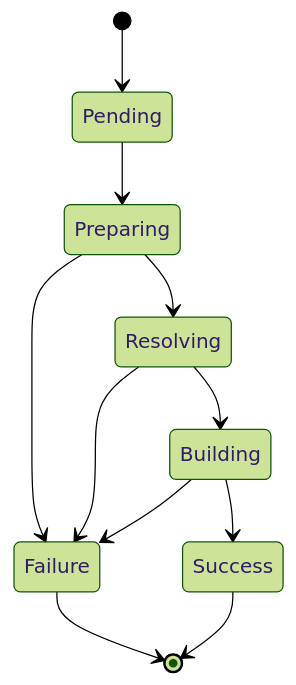
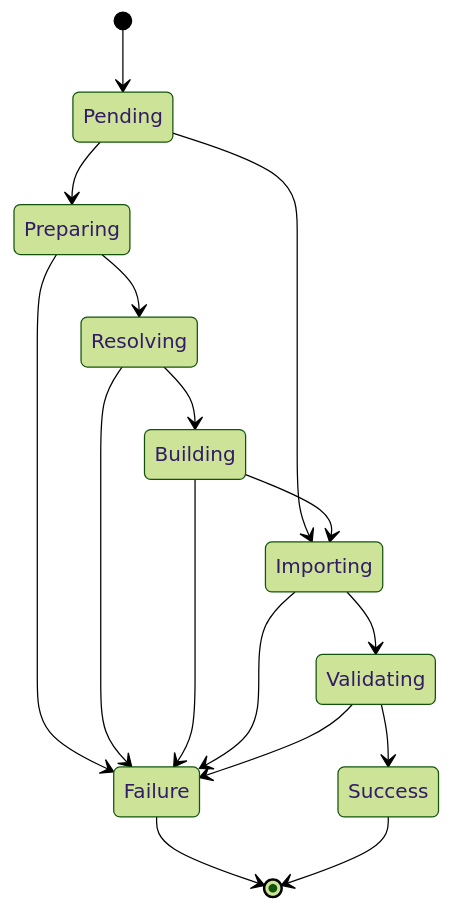
One commit to thoth-station/opendatahub-cnbi changed the fifth of 6 diagrams in README.md. Above: the diagram before and after it, drawn with Mermaid (forest theme). The commit also changed other lines of this file, not shown here.

````diff
--- a/README.md
+++ b/README.md
@@ -93,14 +95,19 @@
 ```mermaid
 stateDiagram-v2
     [*] --> Pending
     Failure --> [*]
 
     Pending --> Preparing
+    Pending --> Importing
     Preparing --> Resolving
     Preparing --> Failure
     Resolving --> Building
     Resolving --> Failure
-    Building --> Success
     Building --> Failure
+    Building --> Importing
+    Importing --> Validating
+    Importing --> Failure
+    Validating --> Success
+    Validating --> Failure
     Success --> [*]
 ```
````
